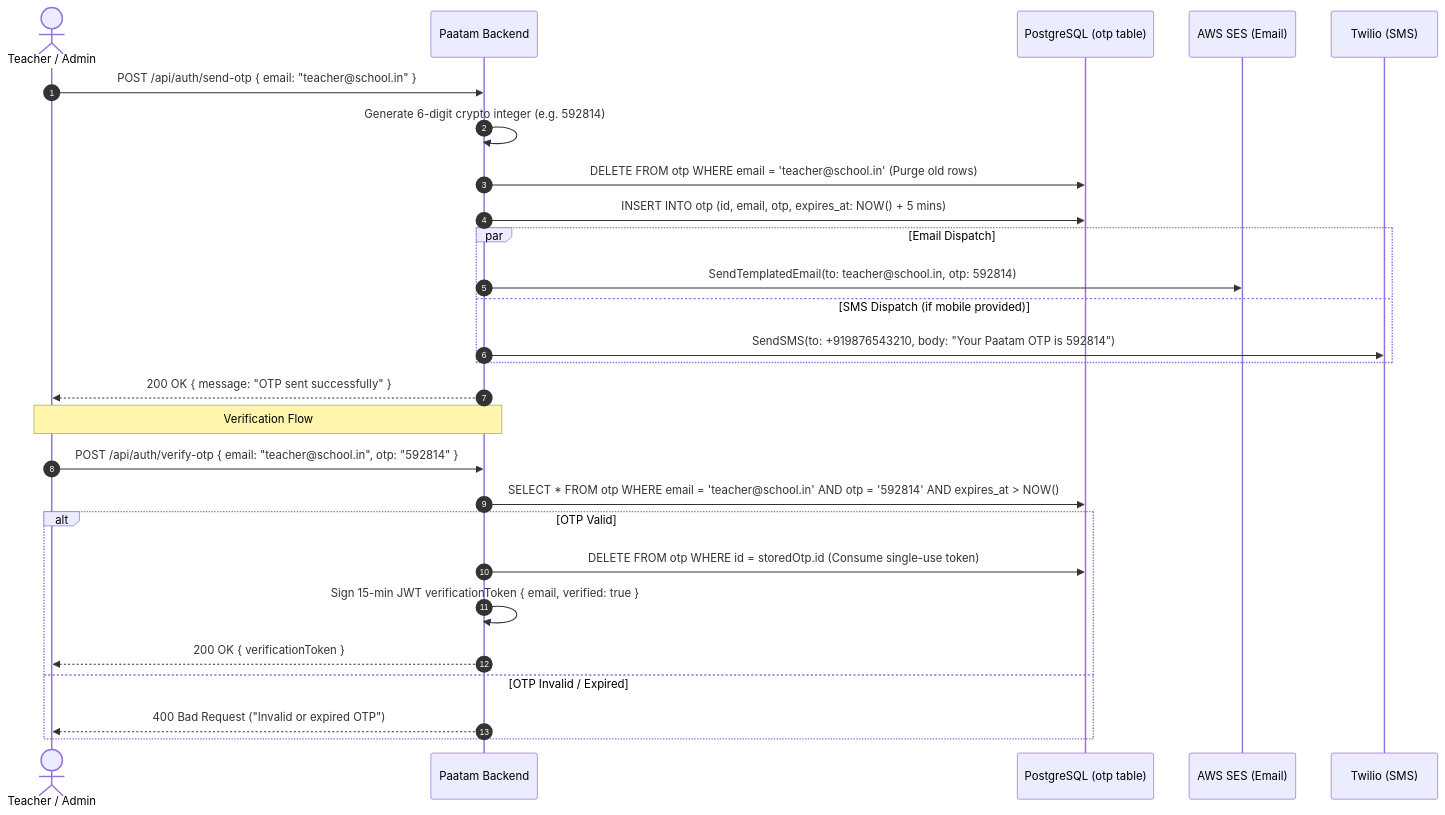
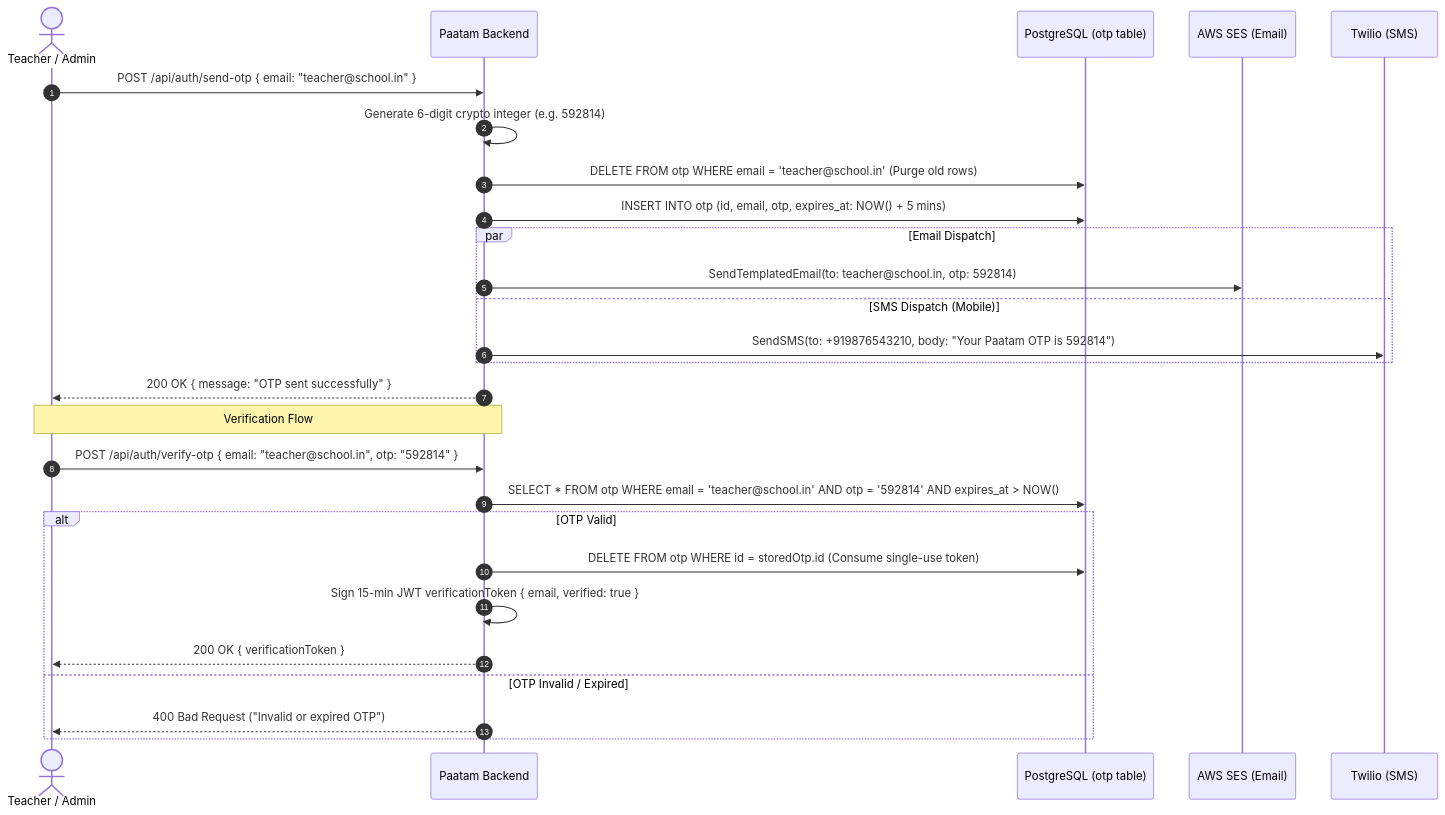
The sixth of 26 diagrams in MASTER_SYSTEM_ARCHITECTURE_AND_DEVOPS_GUIDE.md (phanidharguttikonda0/Paatam), drawn with Mermaid before and after one commit. The commit also changed other lines of this file, not shown here.

Commit message:
fix(docs): resolve GitHub Mermaid diagram parse errors across all subgraphs and sequence diagrams

````diff
--- a/MASTER_SYSTEM_ARCHITECTURE_AND_DEVOPS_GUIDE.md
+++ b/MASTER_SYSTEM_ARCHITECTURE_AND_DEVOPS_GUIDE.md
@@ -332,31 +334,31 @@
 ```mermaid
 sequenceDiagram
     autonumber
     actor User as Teacher / Admin
     participant API as Paatam Backend
     participant DB as PostgreSQL (otp table)
     participant SES as AWS SES (Email)
     participant Twilio as Twilio (SMS)
 
     User->>API: POST /api/auth/send-otp { email: "teacher@school.in" }
     API->>API: Generate 6-digit crypto integer (e.g. 592814)
     API->>DB: DELETE FROM otp WHERE email = 'teacher@school.in' (Purge old rows)
     API->>DB: INSERT INTO otp (id, email, otp, expires_at: NOW() + 5 mins)
     par Email Dispatch
         API->>SES: SendTemplatedEmail(to: teacher@school.in, otp: 592814)
-    and SMS Dispatch (if mobile provided)
+    and SMS Dispatch (Mobile)
         API->>Twilio: SendSMS(to: +919876543210, body: "Your Paatam OTP is 592814")
     end
     API-->>User: 200 OK { message: "OTP sent successfully" }
 
     Note over User,API: Verification Flow
     User->>API: POST /api/auth/verify-otp { email: "teacher@school.in", otp: "592814" }
     API->>DB: SELECT * FROM otp WHERE email = 'teacher@school.in' AND otp = '592814' AND expires_at > NOW()
     alt OTP Valid
         API->>DB: DELETE FROM otp WHERE id = storedOtp.id (Consume single-use token)
         API->>API: Sign 15-min JWT verificationToken { email, verified: true }
         API-->>User: 200 OK { verificationToken }
     else OTP Invalid / Expired
         API-->>User: 400 Bad Request ("Invalid or expired OTP")
     end
 ```
````
